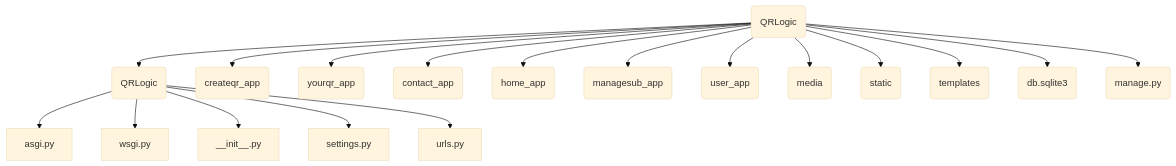
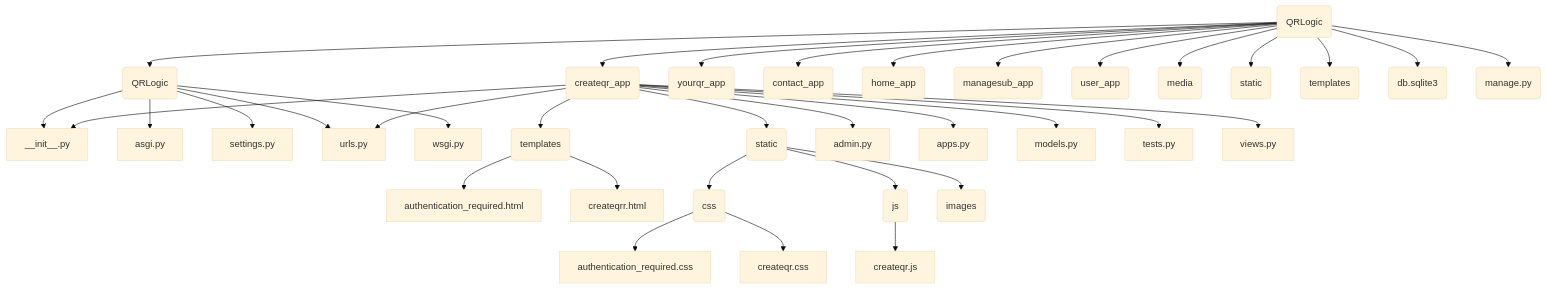
The diagram in README.md (DmitriyPechenyuk0/QRLogic), drawn with Mermaid (base theme) before and after one commit.

````diff
--- a/README.md
+++ b/README.md
@@ -21,23 +21,42 @@
 ```mermaid
 flowchart TB
 
 A(QRLogic) --> Q(QRLogic)
+Q(QRLogic) --> __init__.py
 Q(QRLogic) --> asgi.py
-Q(QRLogic) --> wsgi.py
-Q(QRLogic) --> __init__.py
 Q(QRLogic) --> settings.py
 Q(QRLogic) --> urls.py
+Q(QRLogic) --> wsgi.py
 A(QRLogic) --> C(createqr_app) 
+C(createqr_app) --> CS(static)
+C(createqr_app) --> CT(templates)
+C(createqr_app) --> __init__.py
+C(createqr_app) --> admin.py
+C(createqr_app) --> apps.py
+C(createqr_app) --> models.py
+C(createqr_app) --> tests.py
+C(createqr_app) --> urls.py
+C(createqr_app) --> views.py
+
+CT(templates) --> authentication_required.html
+CT(templates) --> createqrr.html
+CS(static)  --> CSS(css)
+CS(static)  --> CSJ(js)
+CS(static)  --> CSI(images)
+CSS(css) --> authentication_required.css
+CSS(css) --> createqr.css
+CSJ(js) --> createqr.js
+
 A(QRLogic) --> Y(yourqr_app)
 A(QRLogic) --> O(contact_app)
 A(QRLogic) --> H(home_app)
 A(QRLogic) --> M(managesub_app)
 A(QRLogic) --> U(user_app)
 A(QRLogic) --> E(media)
 A(QRLogic) --> S(static)
 A(QRLogic) --> T(templates)
 A(QRLogic) --> B(db.sqlite3)
 A(QRLogic) --> G(manage.py)
 
 
 ```
````
